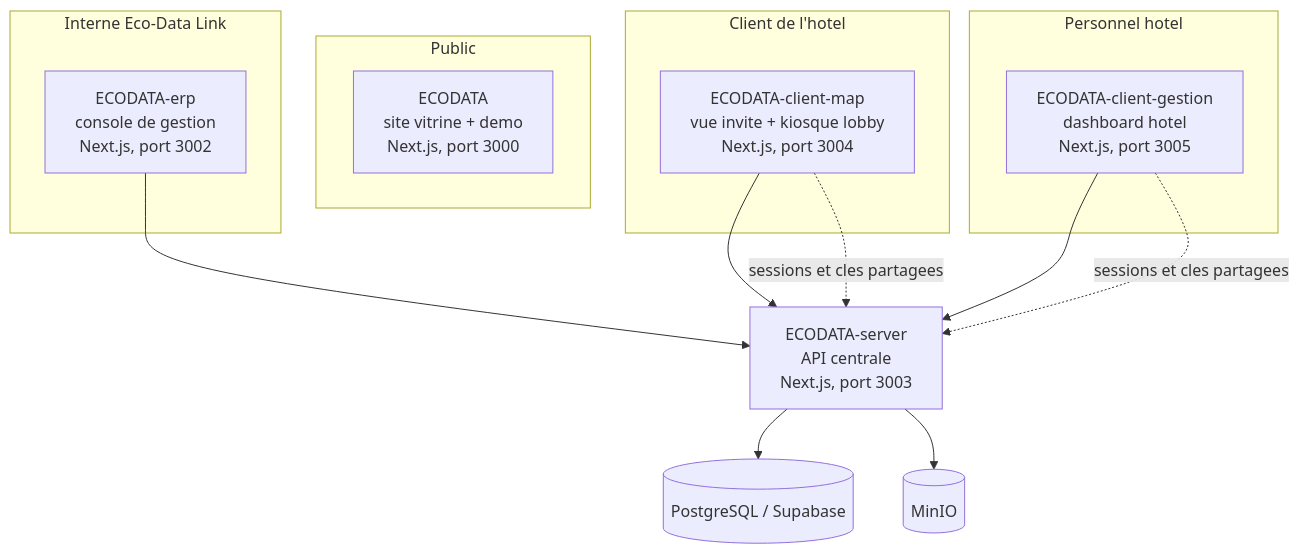
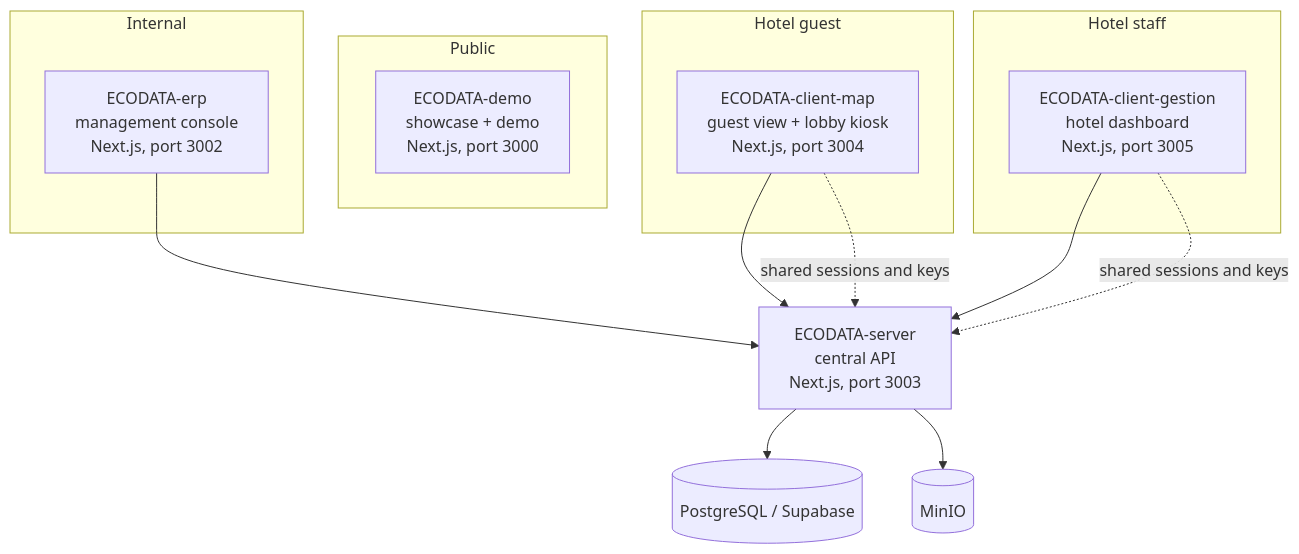
Before and after one commit to ecodata-link/ECODATA-core: the diagram in README.md, drawn with Mermaid. The commit also changed other lines of this file and 2 other files, not shown here.

Commit message:
Restyle README with visuals, translate to English, fix ECODATA-demo submodule

````diff
--- a/README.md
+++ b/README.md
@@ -9,30 +35,30 @@
 ```mermaid
 graph TD
     subgraph Public
-        ECODATA["ECODATA<br/>site vitrine + demo<br/>Next.js, port 3000"]
+        DEMO["ECODATA-demo<br/>showcase + demo<br/>Next.js, port 3000"]
     end
 
-    subgraph Personnel hotel
-        GESTION["ECODATA-client-gestion<br/>dashboard hotel<br/>Next.js, port 3005"]
+    subgraph Hotel staff
+        GESTION["ECODATA-client-gestion<br/>hotel dashboard<br/>Next.js, port 3005"]
     end
 
-    subgraph Client de l'hotel
-        MAP["ECODATA-client-map<br/>vue invite + kiosque lobby<br/>Next.js, port 3004"]
+    subgraph Hotel guest
+        MAP["ECODATA-client-map<br/>guest view + lobby kiosk<br/>Next.js, port 3004"]
     end
 
-    subgraph Interne Eco-Data Link
-        ERP["ECODATA-erp<br/>console de gestion<br/>Next.js, port 3002"]
+    subgraph Internal
+        ERP["ECODATA-erp<br/>management console<br/>Next.js, port 3002"]
     end
 
-    SERVER["ECODATA-server<br/>API centrale<br/>Next.js, port 3003"]
+    SERVER["ECODATA-server<br/>central API<br/>Next.js, port 3003"]
     DB[(PostgreSQL / Supabase)]
     STORAGE[(MinIO)]
 
     GESTION --> SERVER
     MAP --> SERVER
     ERP --> SERVER
     SERVER --> DB
     SERVER --> STORAGE
-    MAP -. sessions et cles partagees .-> SERVER
-    GESTION -. sessions et cles partagees .-> SERVER
+    MAP -. shared sessions and keys .-> SERVER
+    GESTION -. shared sessions and keys .-> SERVER
 ```
````
